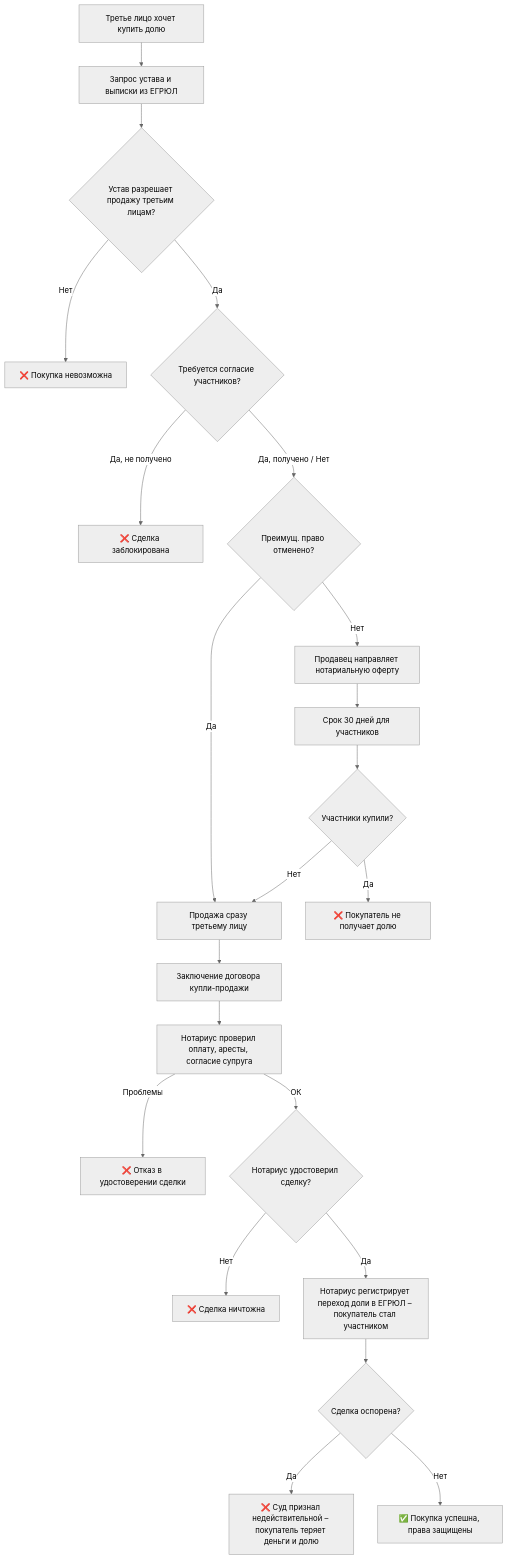
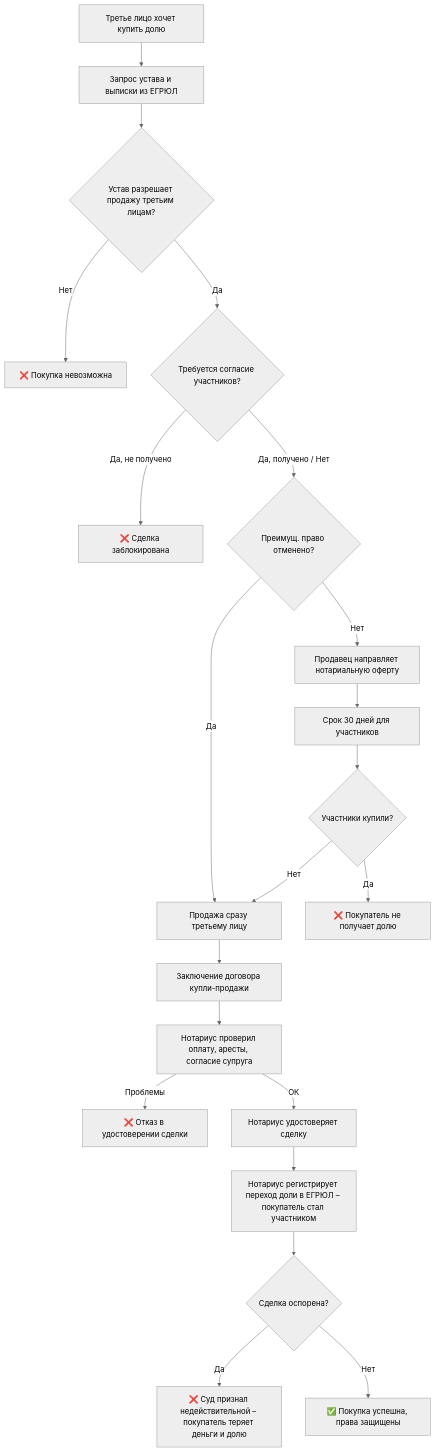
Before and after one commit to arsenyuk/SamorodinkaTech.Fiducia: the fourth of 4 diagrams in docs/business-processes/llc-share-purchase-sale.md, drawn with Mermaid (neutral theme). The commit also changed other lines of this file, not shown here.

Commit message:
docs(llc): убрать паразитный узел «Нотариус удостоверил?» с веткой «Нет» — проверка пройдена → удостоверяет

````diff
--- a/docs/business-processes/llc-share-purchase-sale.md
+++ b/docs/business-processes/llc-share-purchase-sale.md
@@ -262,24 +261,23 @@
 ```mermaid
 flowchart TD
     A["Третье лицо хочет купить долю"] --> B["Запрос устава и выписки из ЕГРЮЛ"]
     B --> C{Устав разрешает продажу третьим лицам?}
     C -->|Нет| D["❌ Покупка невозможна"]
     C -->|Да| E{Требуется согласие участников?}
     E -->|"Да, не получено"| F["❌ Сделка заблокирована"]
     E -->|"Да, получено / Нет"| G{Преимущ. право отменено?}
     G -->|Да| H["Продажа сразу третьему лицу"]
     G -->|Нет| I["Продавец направляет нотариальную оферту"]
     I --> J["Срок 30 дней для участников"]
     J --> K{Участники купили?}
     K -->|Да| L["❌ Покупатель не получает долю"]
     K -->|Нет| H
     H --> M["Заключение договора купли-продажи"]
     M --> P["Нотариус проверил оплату, аресты, согласие супруга"]
     P -->|Проблемы| Q["❌ Отказ в удостоверении сделки"]
-    P -->|ОК| N{Нотариус удостоверил сделку?}
-    N -->|Нет| O["❌ Сделка ничтожна"]
-    N -->|Да| R["Нотариус регистрирует переход доли в ЕГРЮЛ – покупатель стал участником"]
-    R --> S{Сделка оспорена?}
-    S -->|Да| T["❌ Суд признал недействительной – покупатель теряет деньги и долю"]
-    S -->|Нет| U["✅ Покупка успешна, права защищены"]
+    P -->|ОК| R["Нотариус удостоверяет сделку"]
+    R --> S["Нотариус регистрирует переход доли в ЕГРЮЛ – покупатель стал участником"]
+    S --> T{Сделка оспорена?}
+    T -->|Да| U["❌ Суд признал недействительной – покупатель теряет деньги и долю"]
+    T -->|Нет| V["✅ Покупка успешна, права защищены"]
 ```
````
